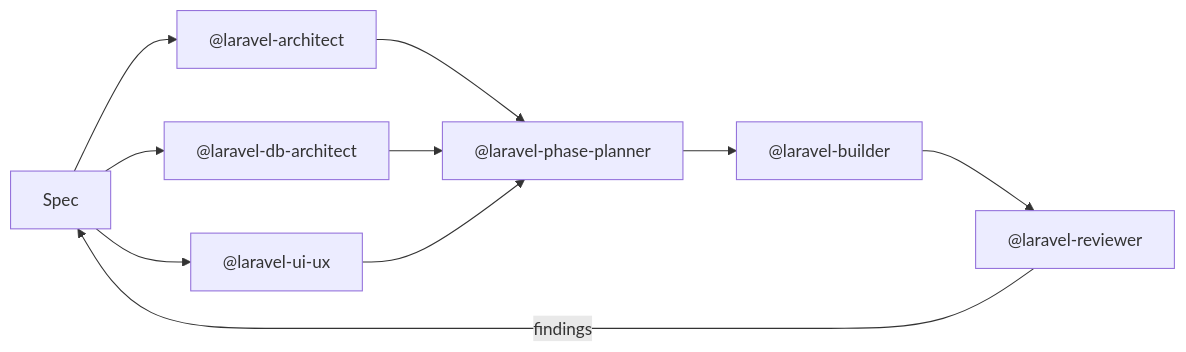
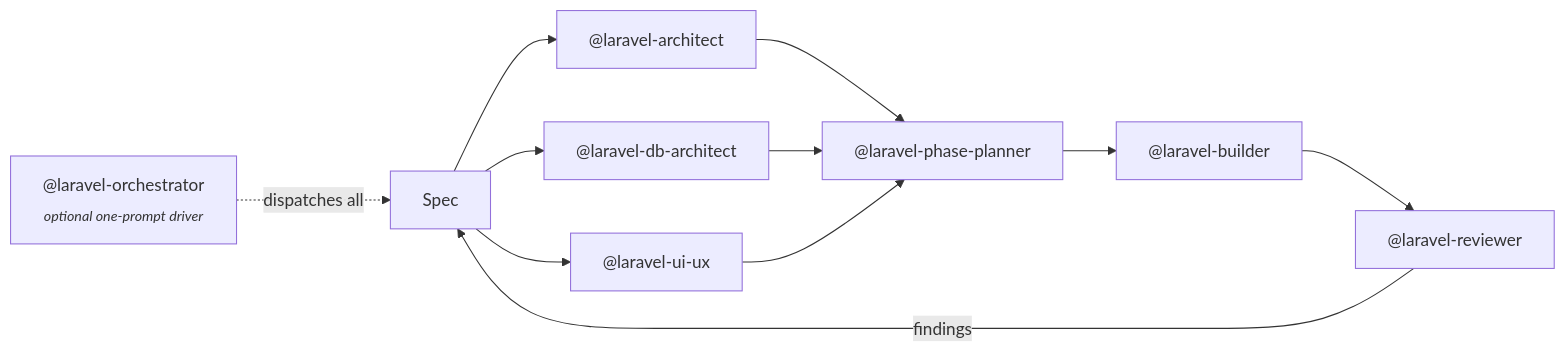
One commit to bilalelhaj/laravel-engineering-agents changed the diagram in README.md. Above: the diagram before and after it, drawn with Mermaid. The commit also changed other lines of this file and 2 other files, not shown here.

Commit message:
Add CI, fix README diagram (orchestrator), expand real-run.md to v3 story
- New .github/workflows/validate.yml: plugin manifest schema, agent
  frontmatter (name + description ≥ 50 chars), filename ↔ name match,
  README references every agent, README example links resolve
- README diagram now shows the orchestrator as optional driver dispatching
  the rest (was missing entirely)
- Tagline updated: 'six specialists + optional orchestrator'
- real-run.md restructured as v1 → v2 → v3 evolution with clear lesson per
  generation (H11 → planner-level rule, manual prompt → orchestrator,
  cp install → /plugin install, no CI → CI)

````diff
--- a/README.md
+++ b/README.md
@@ -7,10 +7,14 @@
 ```mermaid
 flowchart LR
-    U[Spec] --> A["@laravel-architect"]
-    U --> D["@laravel-db-architect"]
-    U --> UI["@laravel-ui-ux"]
+    O["@laravel-orchestrator<br/><sub><i>optional one-prompt driver</i></sub>"]
+    Spec[Spec]
+
+    O -.->|dispatches all| Spec
+    Spec --> A["@laravel-architect"]
+    Spec --> D["@laravel-db-architect"]
+    Spec --> UI["@laravel-ui-ux"]
     A & D & UI --> P["@laravel-phase-planner"]
     P --> B["@laravel-builder"]
     B --> R["@laravel-reviewer"]
-    R -->|findings| U
+    R -->|findings| Spec
 ```
````
